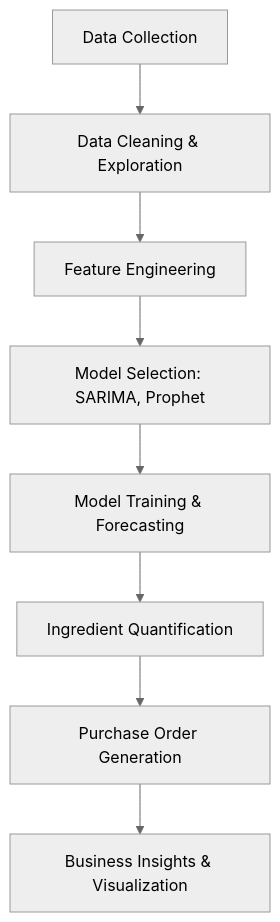
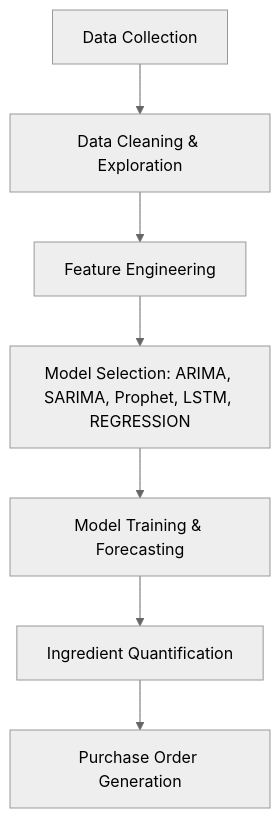
One commit to Nanthu2207/Dominos---Predictive-Purchase-Order-System changed the diagram in README.md. Above: the diagram before and after it, drawn with Mermaid (neutral theme). The commit also changed other lines of this file, not shown here.

````diff
--- a/README.md
+++ b/README.md
@@ -32,10 +32,10 @@
 ```mermaid
 graph TD;
     A[Data Collection] --> B[Data Cleaning & Exploration];
     B --> C[Feature Engineering];
-    C --> D[Model Selection: SARIMA, Prophet];
+    C --> D[Model Selection: ARIMA, SARIMA, Prophet, LSTM, REGRESSION];
     D --> E[Model Training & Forecasting];
     E --> F[Ingredient Quantification];
     F --> G[Purchase Order Generation];
-    G --> H[Business Insights & Visualization];
+
 ```
````
